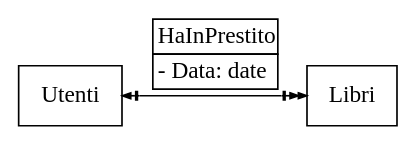
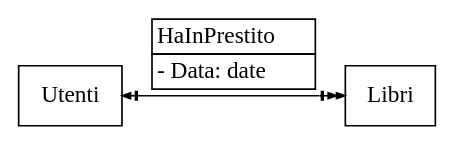
One commit to alek3y/cs changed the fifth of 17 diagrams in src/ct0006-1/README.md. Above: the diagram before and after it, drawn with Graphviz. The commit also changed other lines of this file and 2 other files, not shown here.

````diff
--- a/src/ct0006-1/README.md
+++ b/src/ct0006-1/README.md
@@ -77,16 +77,16 @@
 ```dot process
 digraph {
 	rankdir=LR
 	node [shape=record]
-	edge [arrowsize=0.5 dir=both fontname="Times"]
+	edge [arrowsize=0.5 dir=both]
 	Utenti -> Libri [
 		label=<<table border="0" cellborder="1" cellspacing="0">
 			<tr><td>HaInPrestito</td></tr>
 			<tr><td align="left">- Data: date</td></tr>
 			<tr><td border="0"></td></tr>
 		</table>>
 		arrowhead=normalnormalnonetee
 		arrowtail=normalnonetee
 	]
 }
 ```
````
